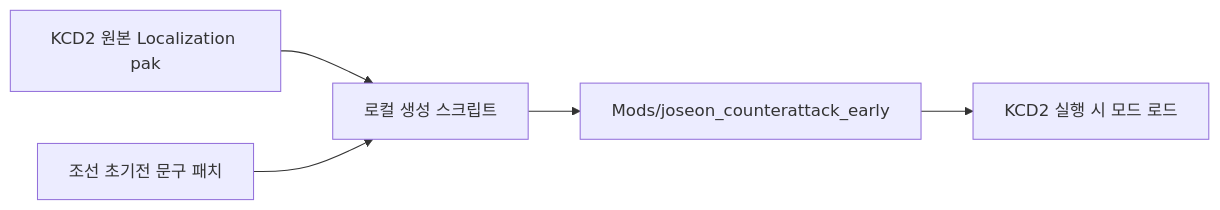
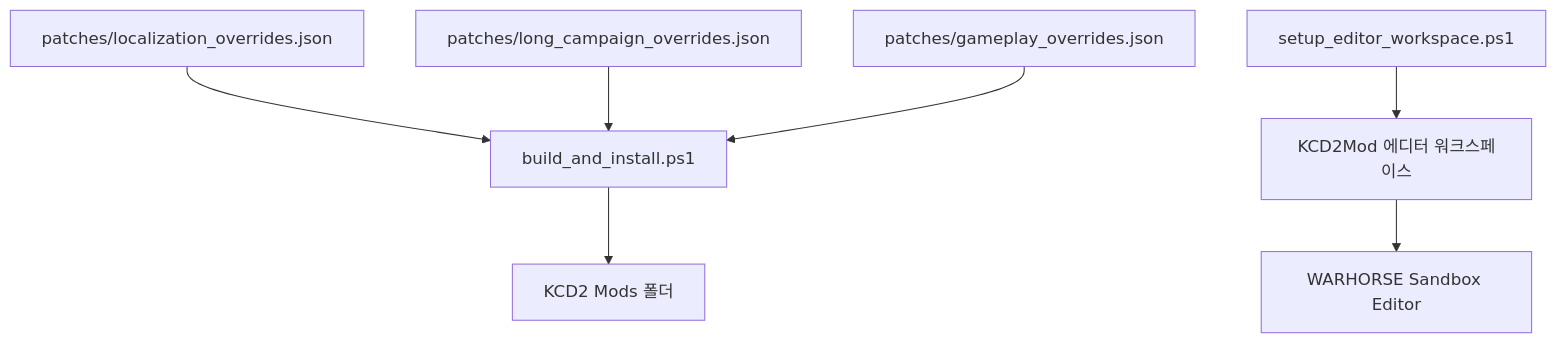
One commit to sinmb79/kcd2-joseon-counterattack-mod changed the diagram in imjin-war-joseon-counterattack-story-lab/kcd2_mod/README.ko.md. Above: the diagram before and after it, drawn with Mermaid. The commit also changed other lines of this file and 10 other files, not shown here.

Commit message:
Add KCD2 editor toolchain setup

````diff
--- a/imjin-war-joseon-counterattack-story-lab/kcd2_mod/README.ko.md
+++ b/imjin-war-joseon-counterattack-story-lab/kcd2_mod/README.ko.md
@@ -31,7 +63,9 @@
 ```mermaid
-flowchart LR
-  A["KCD2 원본 Localization pak"] --> B["로컬 생성 스크립트"]
-  C["조선 초기전 문구 패치"] --> B
-  B --> D["Mods/joseon_counterattack_early"]
-  D --> E["KCD2 실행 시 모드 로드"]
+flowchart TD
+  A["patches/localization_overrides.json"] --> B["build_and_install.ps1"]
+  C["patches/long_campaign_overrides.json"] --> B
+  D["patches/gameplay_overrides.json"] --> B
+  B --> E["KCD2 Mods 폴더"]
+  F["setup_editor_workspace.ps1"] --> G["KCD2Mod 에디터 워크스페이스"]
+  G --> H["WARHORSE Sandbox Editor"]
 ```
````
